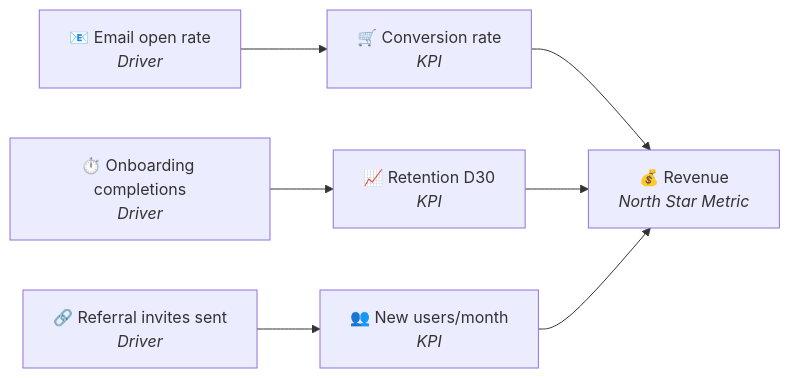
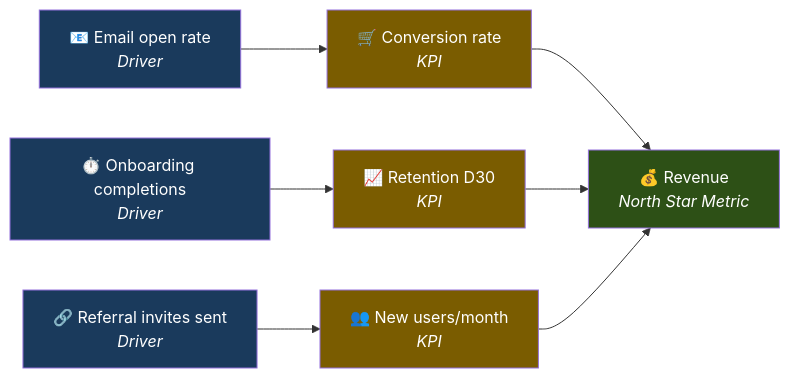
One commit to AndreyBertasini/gynnitech changed the diagram in src/content/corso/data-collection/terminology.mdx. Above: the diagram before and after it, drawn with Mermaid. The commit also changed 21 other files, not shown here.

First line of the commit message:
style: applica color scheme semantico a tutti i diagrammi Mermaid del corso

````diff
--- a/src/content/corso/data-collection/terminology.mdx
+++ b/src/content/corso/data-collection/terminology.mdx
@@ -75,9 +75,16 @@
 ```mermaid
 graph LR
     D1["📧 Email open rate<br><i>Driver</i>"] --> K1["🛒 Conversion rate<br><i>KPI</i>"]
     D2["⏱️ Onboarding completions<br><i>Driver</i>"] --> K2["📈 Retention D30<br><i>KPI</i>"]
     D3["🔗 Referral invites sent<br><i>Driver</i>"] --> K3["👥 New users/month<br><i>KPI</i>"]
     K1 --> M["💰 Revenue<br><i>North Star Metric</i>"]
     K2 --> M
     K3 --> M
+    style D1 fill:#1a3a5c,color:#ffffff
+    style D2 fill:#1a3a5c,color:#ffffff
+    style D3 fill:#1a3a5c,color:#ffffff
+    style K1 fill:#7a5c00,color:#ffffff
+    style K2 fill:#7a5c00,color:#ffffff
+    style K3 fill:#7a5c00,color:#ffffff
+    style M fill:#2d5016,color:#ffffff
 ```
````
